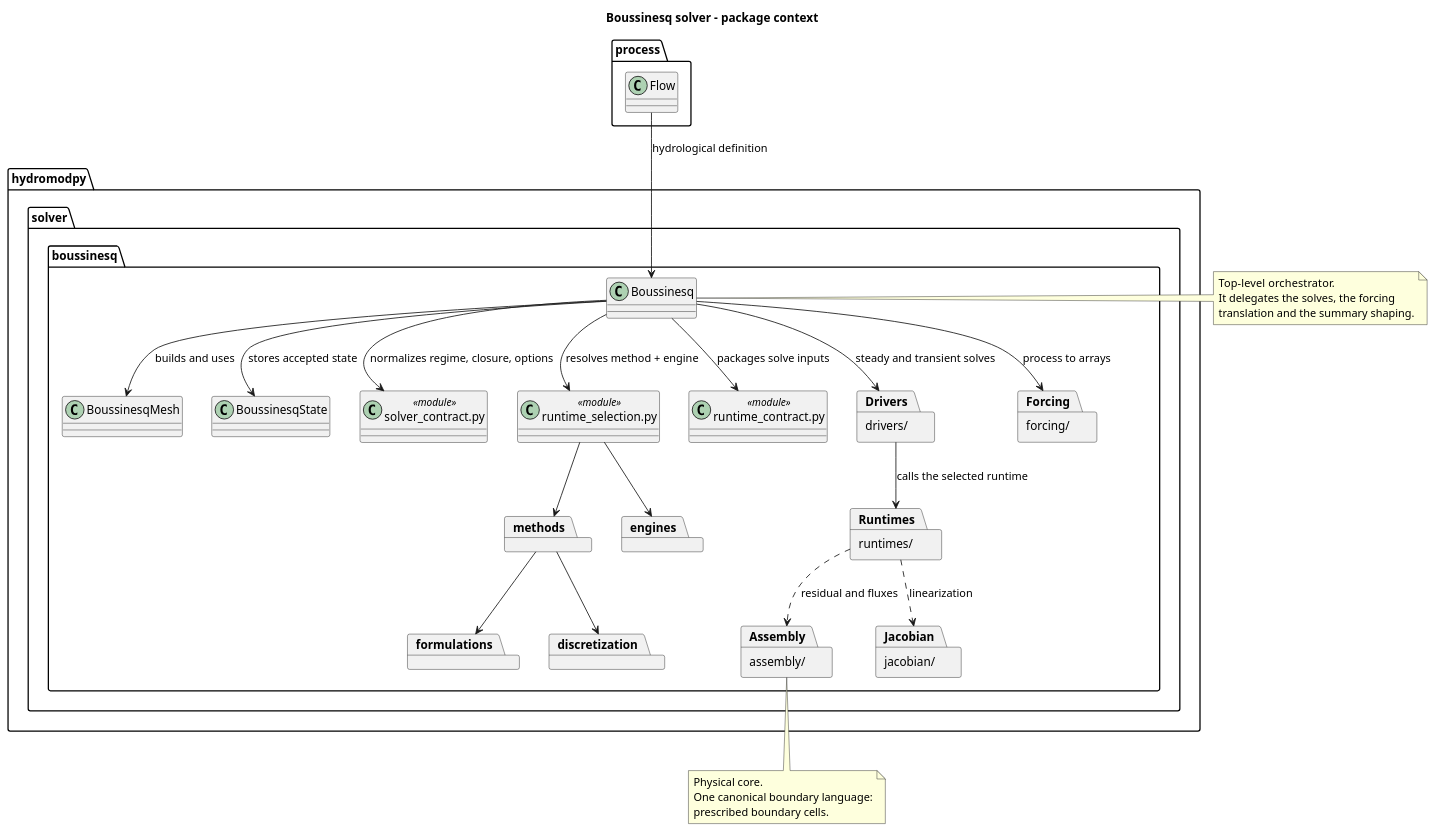
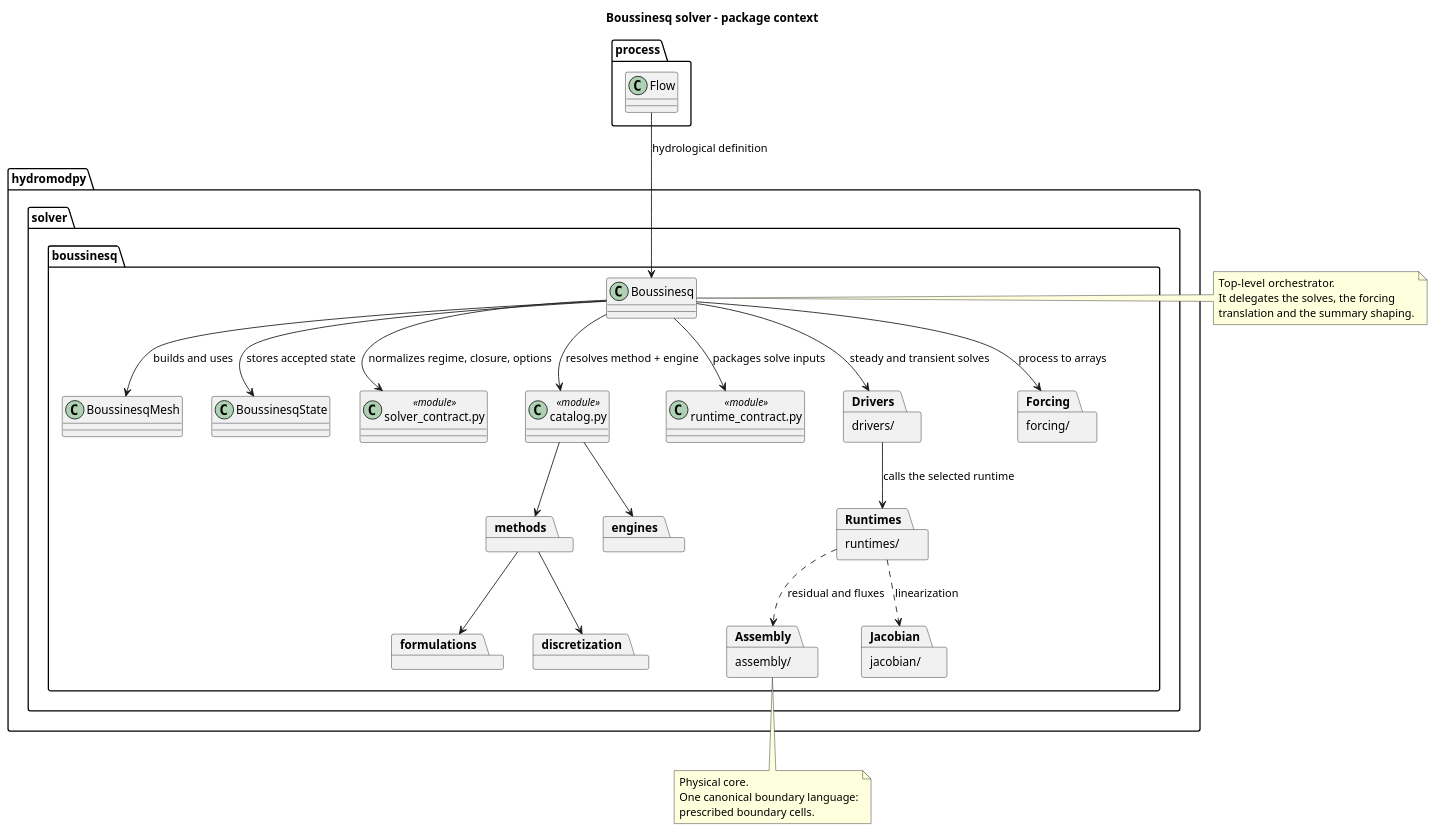
Before and after one commit to HydroModPy/HydroModPy: the diagram in docs/source/contribute/architecture/solver/diagrams/boussinesq_context.wsd, drawn with PlantUML. The commit also changed 342 other files, not shown here.

```diff
--- a/docs/source/contribute/architecture/solver/diagrams/boussinesq_context.wsd
+++ b/docs/source/contribute/architecture/solver/diagrams/boussinesq_context.wsd
@@ -1,55 +1,55 @@
 @startuml
 allowmixing
 title Boussinesq solver - package context
 
 package "process" {
   class Flow
 }
 
 package "hydromodpy.solver.boussinesq" {
   class Boussinesq
   class BoussinesqMesh
   class BoussinesqState
   class "solver_contract.py" as SolverContractModule <<module>>
-  class "runtime_selection.py" as RuntimeSelection <<module>>
+  class "catalog.py" as RuntimeSelection <<module>>
   class "runtime_contract.py" as RuntimeContract <<module>>
   package methods
   package engines
   package formulations
   package discretization
   package "assembly/" as Assembly
   package "drivers/" as Drivers
   package "forcing/" as Forcing
   package "jacobian/" as Jacobian
   package "runtimes/" as Runtimes
 }
 
 Flow --> Boussinesq : hydrological definition
 Boussinesq --> BoussinesqMesh : builds and uses
 Boussinesq --> SolverContractModule : normalizes regime, closure, options
 Boussinesq --> RuntimeSelection : resolves method + engine
 RuntimeSelection --> methods
 RuntimeSelection --> engines
 methods --> formulations
 methods --> discretization
 Boussinesq --> RuntimeContract : packages solve inputs
 Boussinesq --> Drivers : steady and transient solves
 Boussinesq --> Forcing : process to arrays
 Drivers --> Runtimes : calls the selected runtime
 Runtimes ..> Assembly : residual and fluxes
 Runtimes ..> Jacobian : linearization
 Boussinesq --> BoussinesqState : stores accepted state
 
 note right of Boussinesq
 Top-level orchestrator.
 It delegates the solves, the forcing
 translation and the summary shaping.
 end note
 
 note bottom of Assembly
 Physical core.
 One canonical boundary language:
 prescribed boundary cells.
 end note
 
 @enduml
```
